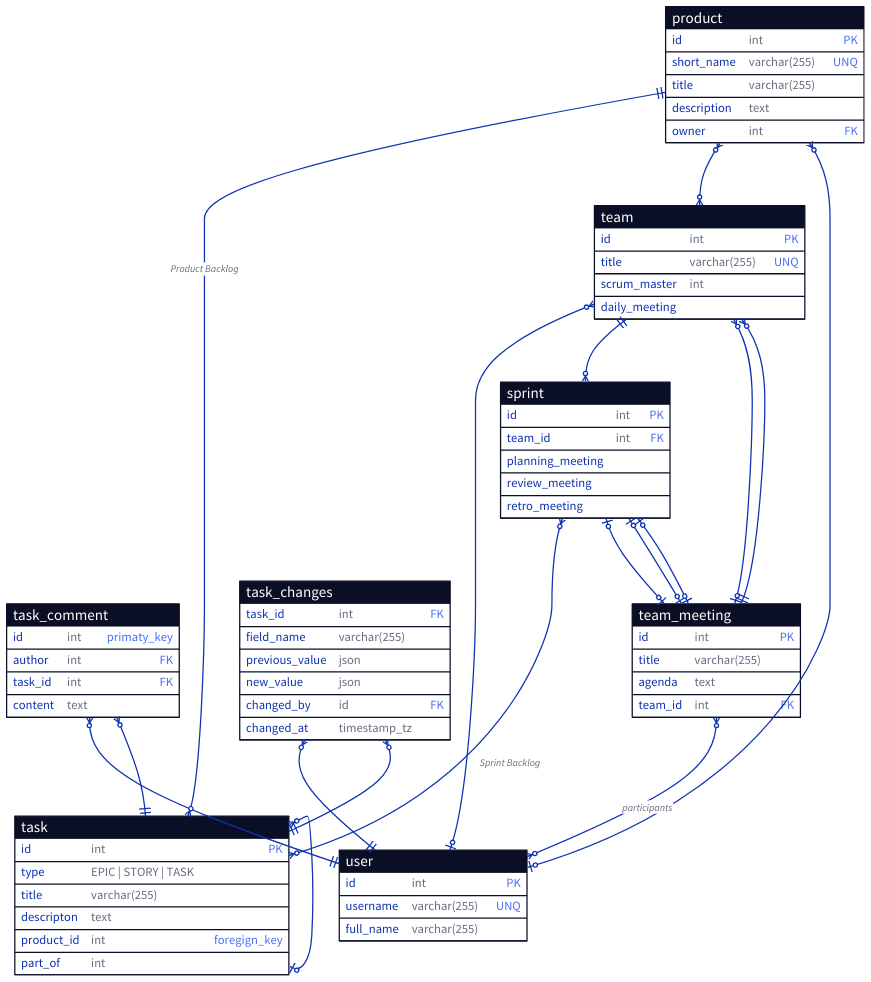
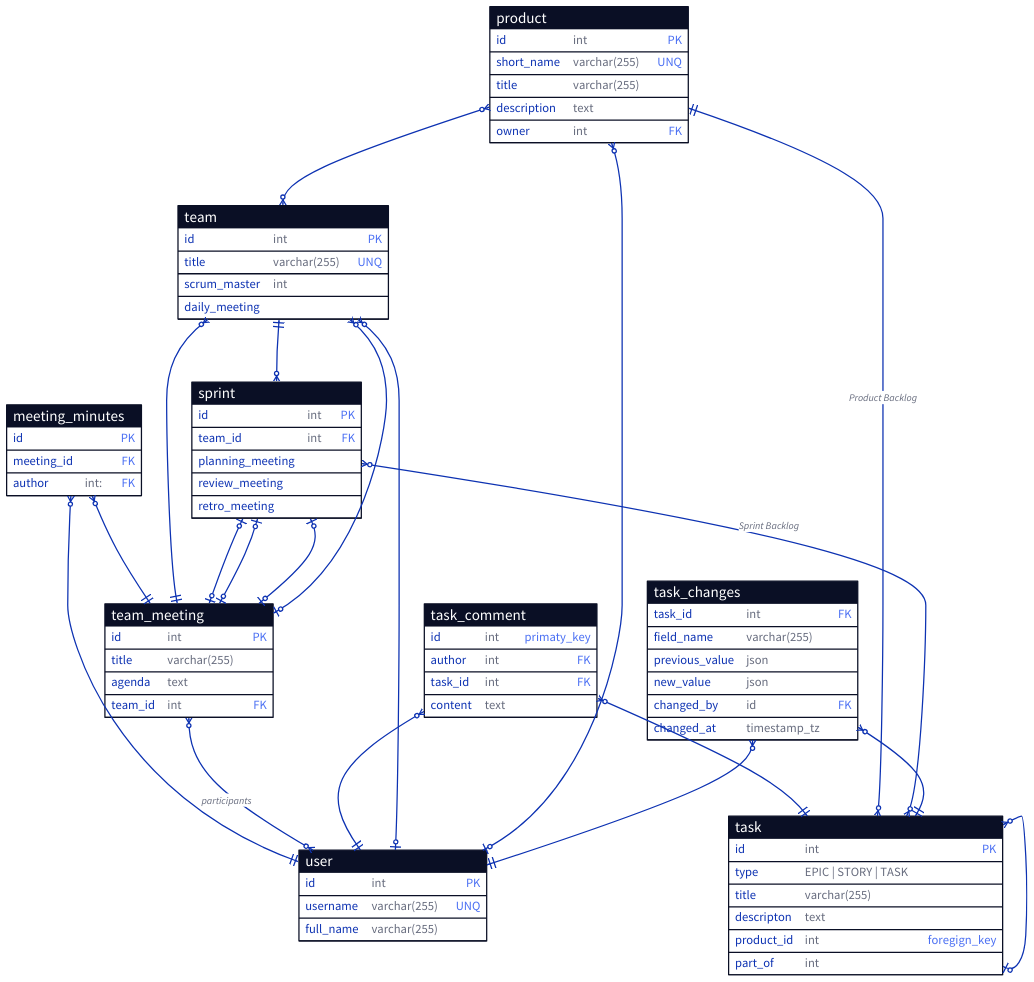
One commit to forafox/Zadachnik changed the diagram in docs/infological.d2. Above: the diagram before and after it, drawn with D2.

Commit message:
add meeting minutes

```diff
--- a/docs/infological.d2
+++ b/docs/infological.d2
@@ -1,3 +1,4 @@
+
 product: {
   shape: sql_table
   id: int {constraint: primary_key}
@@ -41,6 +42,31 @@
   title: varchar(255)
   agenda: text
   team_id: int {constraint: foreign_key}
+}
+
+meeting_minutes: {
+  shape: sql_table
+  id: {constraint: primary_key}
+  meeting_id: {constraint: foreign_key}
+  author: int: {constraint: foreign_key}
+}
+
+meeting_minutes.meeting_id <-> team_meeting: {
+  source-arrowhead: {
+    shape: cf-many
+  }
+  target-arrowhead: {
+    shape: cf-one-required
+  }
+}
+
+meeting_minutes.author <-> user: {
+  source-arrowhead: {
+    shape: cf-many
+  }
+  target-arrowhead: {
+    shape: cf-one-required
+  }
 }
 
 team <-> team_meeting.team_id: {
```
